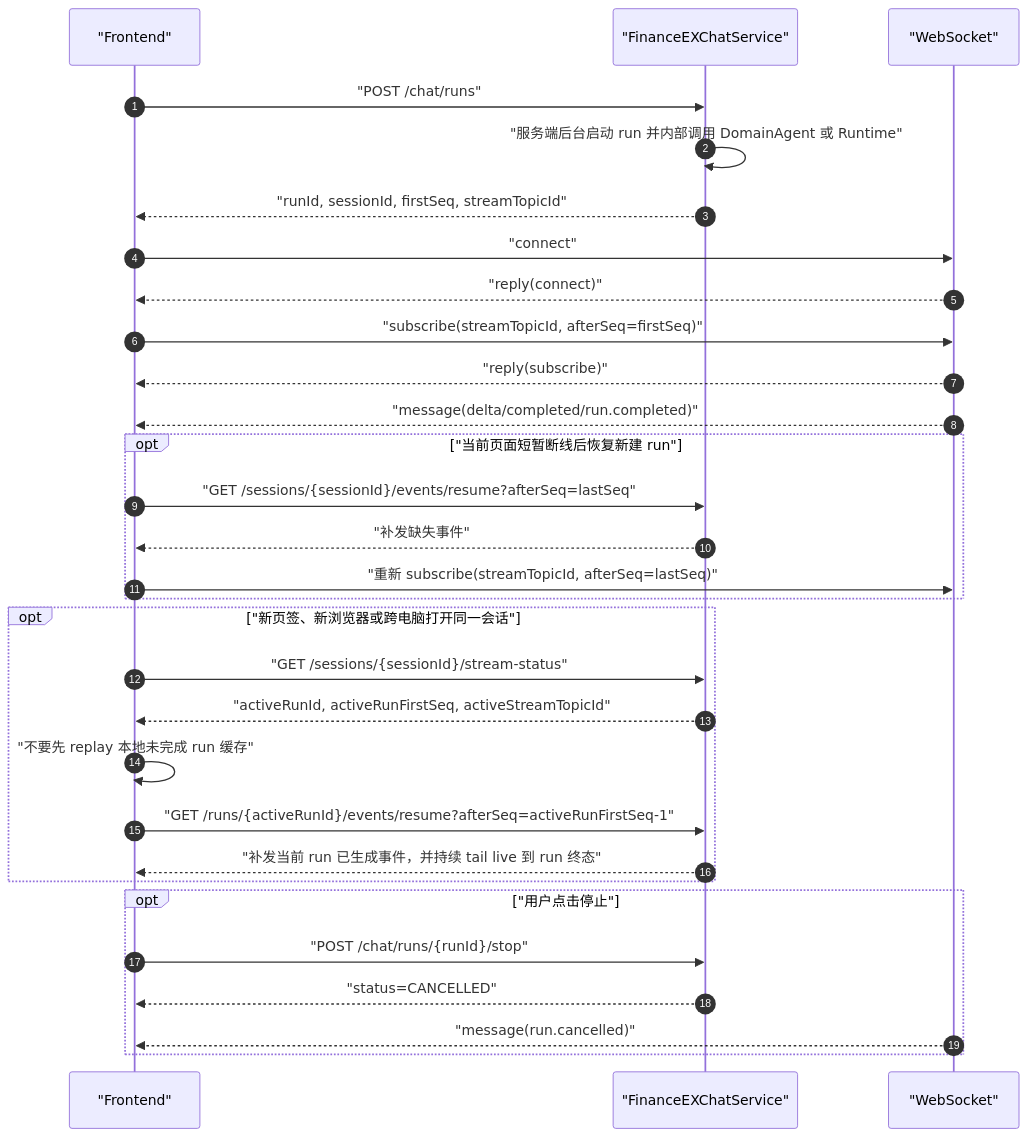
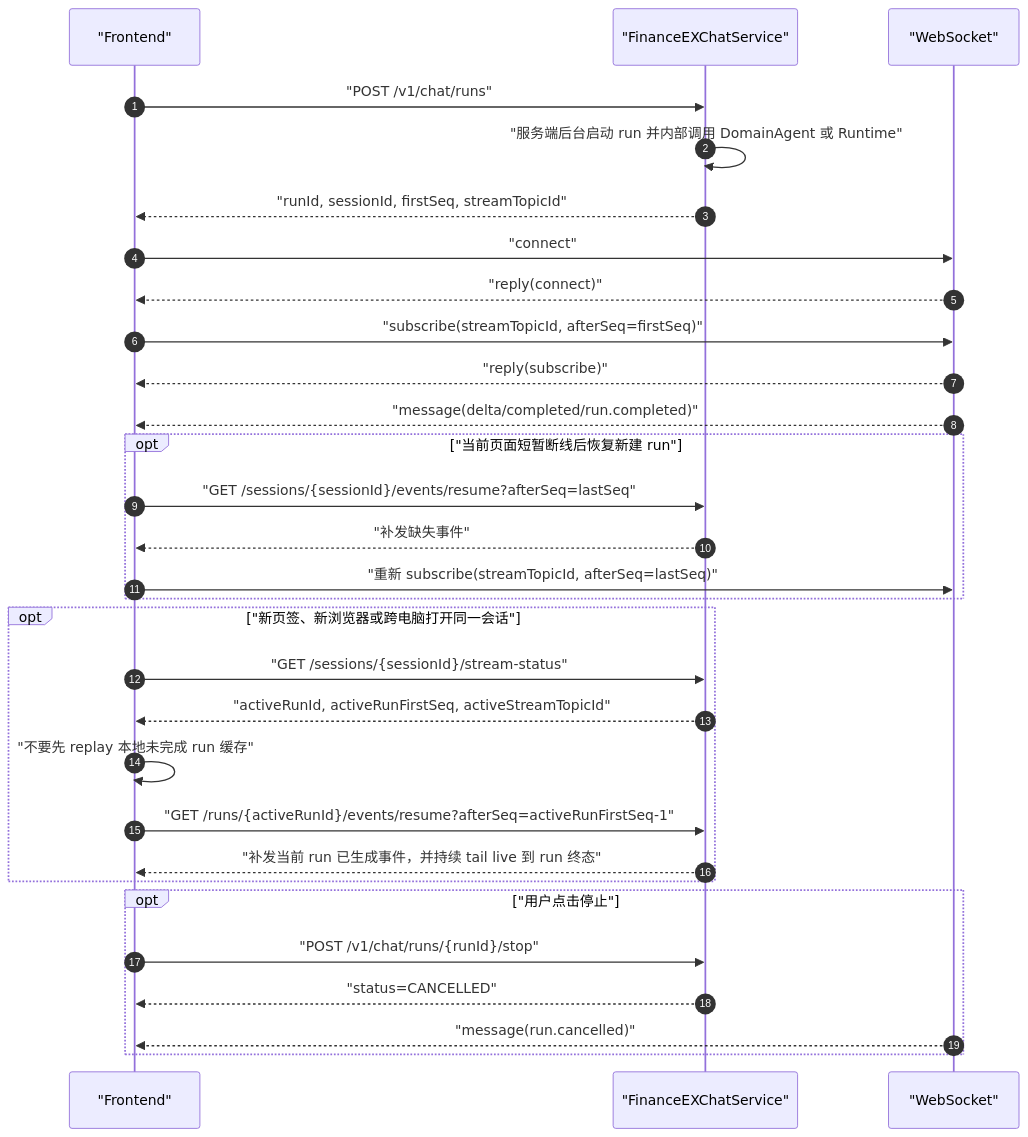
One commit to kunben-duck/exweb changed the diagram in docs/frontend-integration.md. Above: the diagram before and after it, drawn with Mermaid. The commit also changed other lines of this file and 73 other files, not shown here.

````diff
--- a/docs/frontend-integration.md
+++ b/docs/frontend-integration.md
@@ -571,36 +633,36 @@
 ```mermaid
 sequenceDiagram
     autonumber
     participant UI as "Frontend"
     participant API as "FinanceEXChatService"
     participant WS as "WebSocket"
 
-    UI->>API: "POST /chat/runs"
+    UI->>API: "POST /v1/chat/runs"
     API->>API: "服务端后台启动 run 并内部调用 DomainAgent 或 Runtime"
     API-->>UI: "runId, sessionId, firstSeq, streamTopicId"
     UI->>WS: "connect"
     WS-->>UI: "reply(connect)"
     UI->>WS: "subscribe(streamTopicId, afterSeq=firstSeq)"
     WS-->>UI: "reply(subscribe)"
     WS-->>UI: "message(delta/completed/run.completed)"
 
     opt "当前页面短暂断线后恢复新建 run"
         UI->>API: "GET /sessions/{sessionId}/events/resume?afterSeq=lastSeq"
         API-->>UI: "补发缺失事件"
         UI->>WS: "重新 subscribe(streamTopicId, afterSeq=lastSeq)"
     end
 
     opt "新页签、新浏览器或跨电脑打开同一会话"
         UI->>API: "GET /sessions/{sessionId}/stream-status"
         API-->>UI: "activeRunId, activeRunFirstSeq, activeStreamTopicId"
         UI->>UI: "不要先 replay 本地未完成 run 缓存"
         UI->>API: "GET /runs/{activeRunId}/events/resume?afterSeq=activeRunFirstSeq-1"
         API-->>UI: "补发当前 run 已生成事件，并持续 tail live 到 run 终态"
     end
 
     opt "用户点击停止"
-        UI->>API: "POST /chat/runs/{runId}/stop"
+        UI->>API: "POST /v1/chat/runs/{runId}/stop"
         API-->>UI: "status=CANCELLED"
         WS-->>UI: "message(run.cancelled)"
     end
 ```
````
